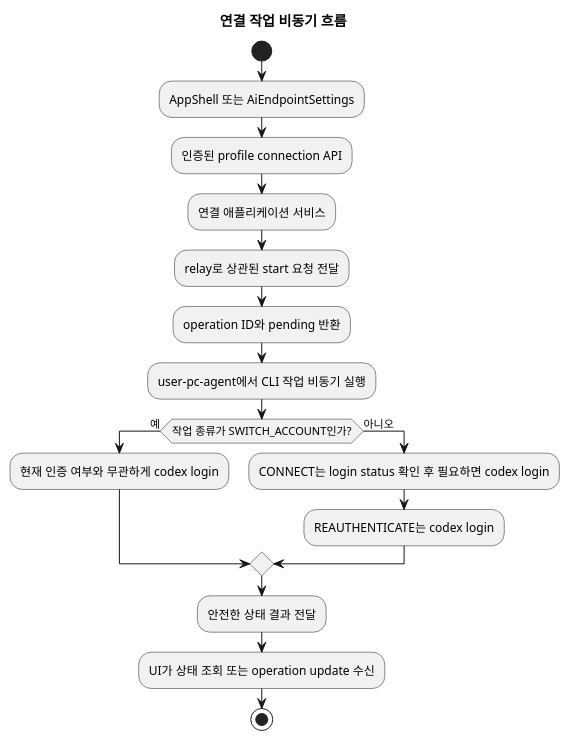
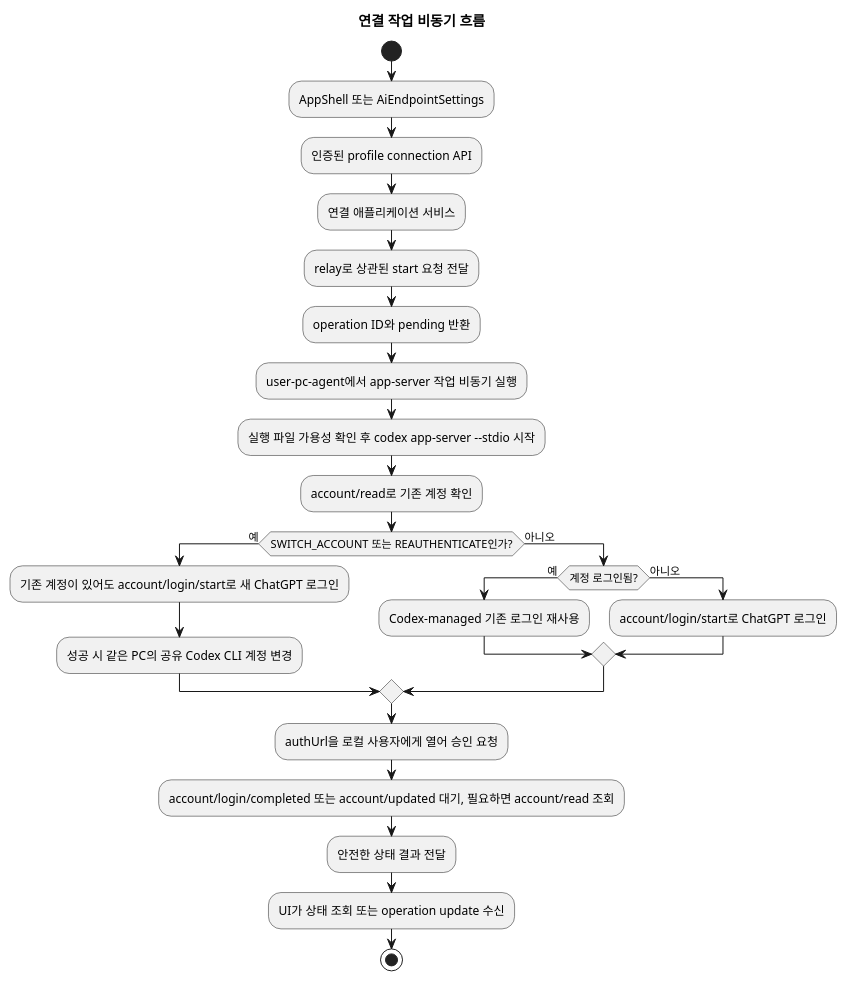
The fourth of 8 diagrams in docs/specs/codex-cli-oauth/architecture-spec.md (omegafrog/dnd-master), drawn with PlantUML before and after one commit. The commit also changed other lines of this file and 5 other files, not shown here.

Commit message:
docs: align Codex OAuth plan with app-server

````diff
--- a/docs/specs/codex-cli-oauth/architecture-spec.md
+++ b/docs/specs/codex-cli-oauth/architecture-spec.md
@@ -267,21 +271,29 @@
 ```plantuml
 @startuml
 title 연결 작업 비동기 흐름
 start
 :AppShell 또는 AiEndpointSettings;
 :인증된 profile connection API;
 :연결 애플리케이션 서비스;
 :relay로 상관된 start 요청 전달;
 :operation ID와 pending 반환;
-:user-pc-agent에서 CLI 작업 비동기 실행;
-if (작업 종류가 SWITCH_ACCOUNT인가?) then (예)
-  :현재 인증 여부와 무관하게 codex login;
+ :user-pc-agent에서 app-server 작업 비동기 실행;
+:실행 파일 가용성 확인 후 codex app-server --stdio 시작;
+:account/read로 기존 계정 확인;
+if (SWITCH_ACCOUNT 또는 REAUTHENTICATE인가?) then (예)
+  :기존 계정이 있어도 account/login/start로 새 ChatGPT 로그인;
+  :성공 시 같은 PC의 공유 Codex CLI 계정 변경;
 else (아니오)
-  :CONNECT는 login status 확인 후 필요하면 codex login;
-  :REAUTHENTICATE는 codex login;
+  if (계정 로그인됨?) then (예)
+    :Codex-managed 기존 로그인 재사용;
+  else (아니오)
+    :account/login/start로 ChatGPT 로그인;
+  endif
 endif
+:authUrl을 로컬 사용자에게 열어 승인 요청;
+:account/login/completed 또는 account/updated 대기, 필요하면 account/read 조회;
 :안전한 상태 결과 전달;
 :UI가 상태 조회 또는 operation update 수신;
 stop
 @enduml
 ```
````
